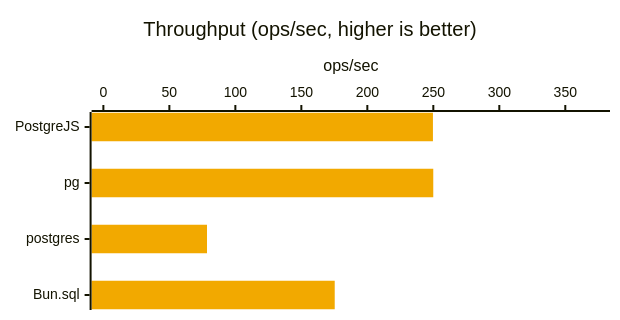
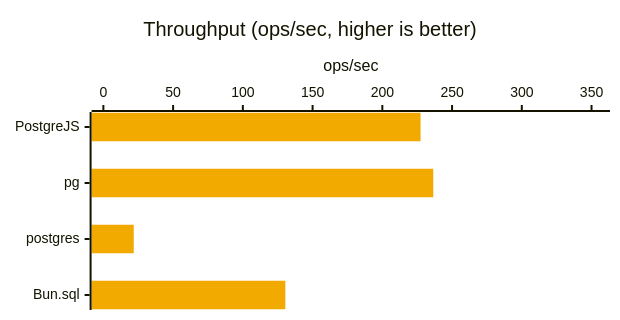
One commit to panates/postgrejs-doc changed the second of 56 diagrams in docs/getting-started/benchmarks-bun.md. Above: the diagram before and after it, drawn with Mermaid. The commit also changed other lines of this file and 24 other files, not shown here.

````diff
--- a/docs/getting-started/benchmarks-bun.md
+++ b/docs/getting-started/benchmarks-bun.md
@@ -116,8 +116,8 @@
 ```mermaid
 %%{init: {'xyChart': {'width': 600, 'height': 300, 'chartOrientation': 'horizontal'}, 'themeVariables': {'xyChart': {'plotColorPalette': '#f2a900'}}}}%%
 xychart-beta
     title "Throughput (ops/sec, higher is better)"
     x-axis ["PostgreJS", "pg", "postgres", "Bun.sql"]
-    y-axis "ops/sec" 0.0000 --> 374.9449
-    bar [249.7080, 249.9633, 78.5176, 175.2901]
+    y-axis "ops/sec" 0.0000 --> 354.7887
+    bar [227.4204, 236.5258, 21.7680, 130.4530]
 ```
````
